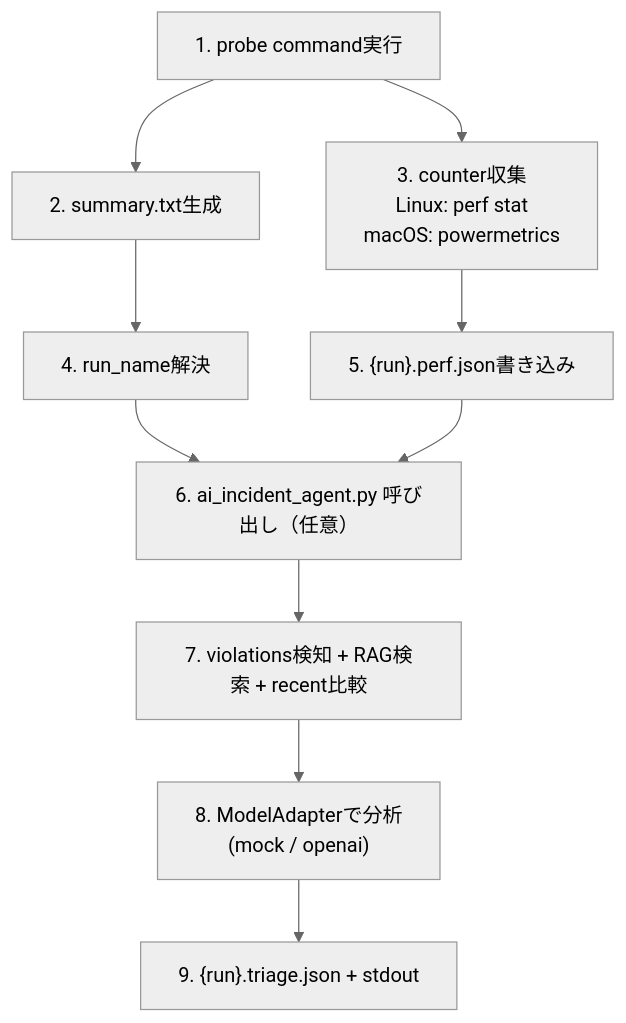
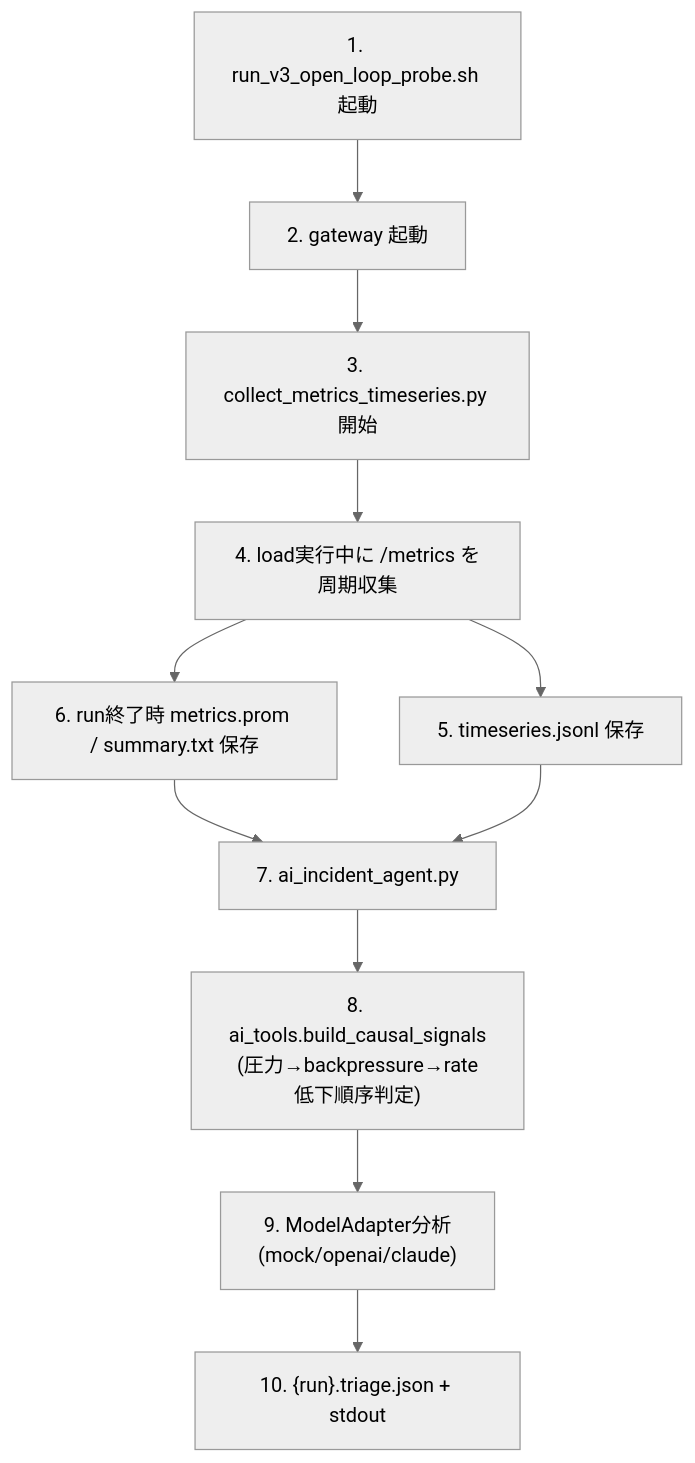
One commit to wsmaking/event-switchyard changed the second of 3 diagrams in docs/ops/ai_impl_structure_map.md. Above: the diagram before and after it, drawn with Mermaid (neutral theme). The commit also changed other lines of this file and 3 other files, not shown here.

````diff
--- a/docs/ops/ai_impl_structure_map.md
+++ b/docs/ops/ai_impl_structure_map.md
@@ -43,12 +50,13 @@
 ```mermaid
 flowchart TD
-  A["1. probe command実行"] --> B["2. summary.txt生成"]
-  A --> C["3. counter収集\nLinux: perf stat\nmacOS: powermetrics"]
-  B --> D["4. run_name解決"]
-  C --> E["5. {run}.perf.json書き込み"]
-  D --> F["6. ai_incident_agent.py 呼び出し（任意）"]
-  E --> F
-  F --> G["7. violations検知 + RAG検索 + recent比較"]
-  G --> H["8. ModelAdapterで分析\n(mock / openai)"]
-  H --> I["9. {run}.triage.json + stdout"]
+  A["1. run_v3_open_loop_probe.sh 起動"] --> B["2. gateway 起動"]
+  B --> C["3. collect_metrics_timeseries.py 開始"]
+  C --> D["4. load実行中に /metrics を周期収集"]
+  D --> E["5. timeseries.jsonl 保存"]
+  D --> F["6. run終了時 metrics.prom / summary.txt 保存"]
+  F --> G["7. ai_incident_agent.py"]
+  E --> G
+  G --> H["8. ai_tools.build_causal_signals\n(圧力→backpressure→rate低下順序判定)"]
+  H --> I["9. ModelAdapter分析\n(mock/openai/claude)"]
+  I --> J["10. {run}.triage.json + stdout"]
 ```
````
